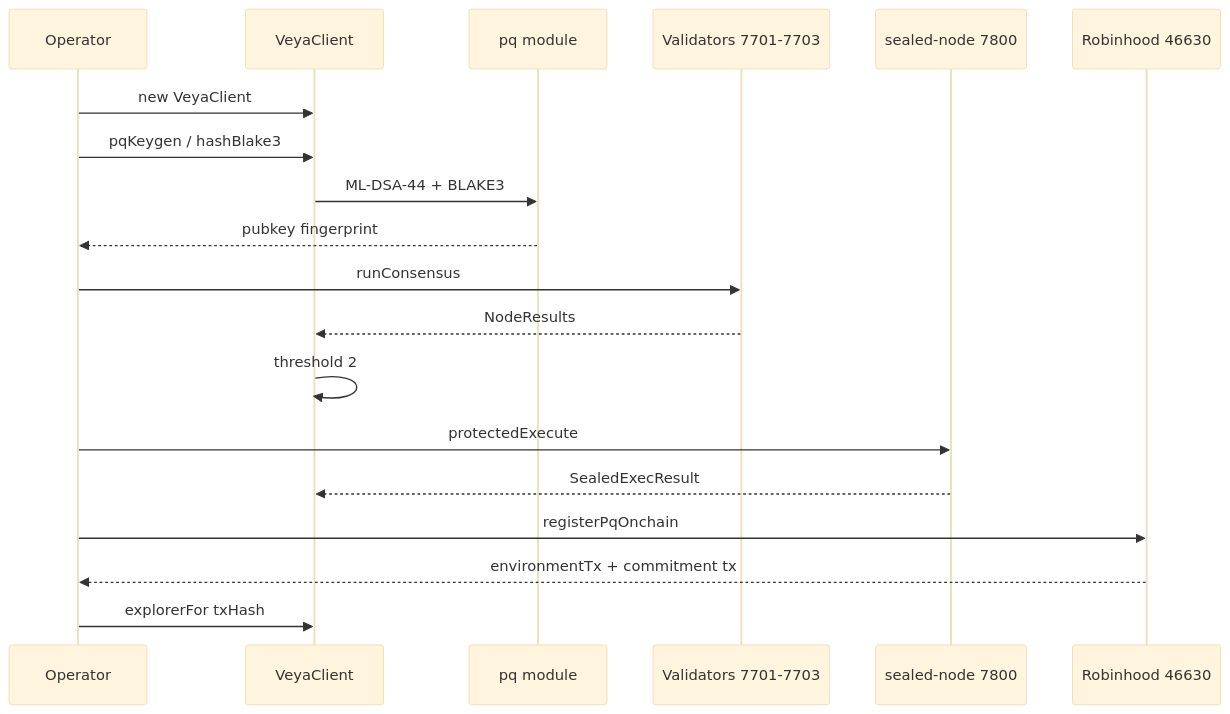
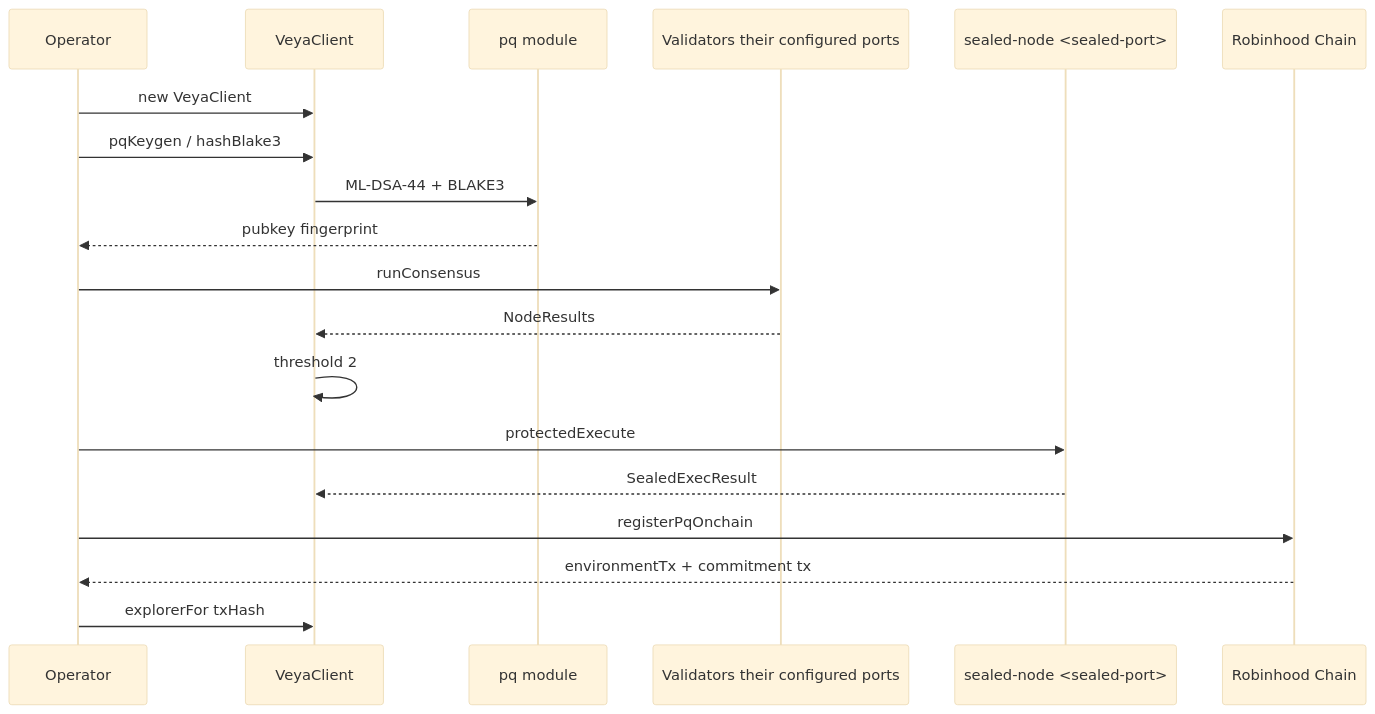
Before and after one commit to veyanet/veya-sdk: the third of 4 diagrams in docs/QUICKSTART.md, drawn with Mermaid (base theme). The commit also changed other lines of this file, not shown here.

````diff
--- a/docs/QUICKSTART.md
+++ b/docs/QUICKSTART.md
@@ -550,22 +547,22 @@
 ```mermaid
 sequenceDiagram
     participant Op as Operator
     participant SDK as VeyaClient
     participant PQ as pq module
-    participant Val as Validators 7701-7703
-    participant Seal as sealed-node 7800
-    participant Chain as Robinhood 46630
+    participant Val as Validators their configured ports
+    participant Seal as sealed-node <sealed-port>
+    participant Chain as Robinhood Chain
 
     Op->>SDK: new VeyaClient
     Op->>SDK: pqKeygen / hashBlake3
     SDK->>PQ: ML-DSA-44 + BLAKE3
     PQ-->>Op: pubkey fingerprint
     Op->>Val: runConsensus
     Val-->>SDK: NodeResults
     SDK->>SDK: threshold 2
     Op->>Seal: protectedExecute
     Seal-->>SDK: SealedExecResult
     Op->>Chain: registerPqOnchain
     Chain-->>Op: environmentTx + commitment tx
     Op->>SDK: explorerFor txHash
 ```
````
